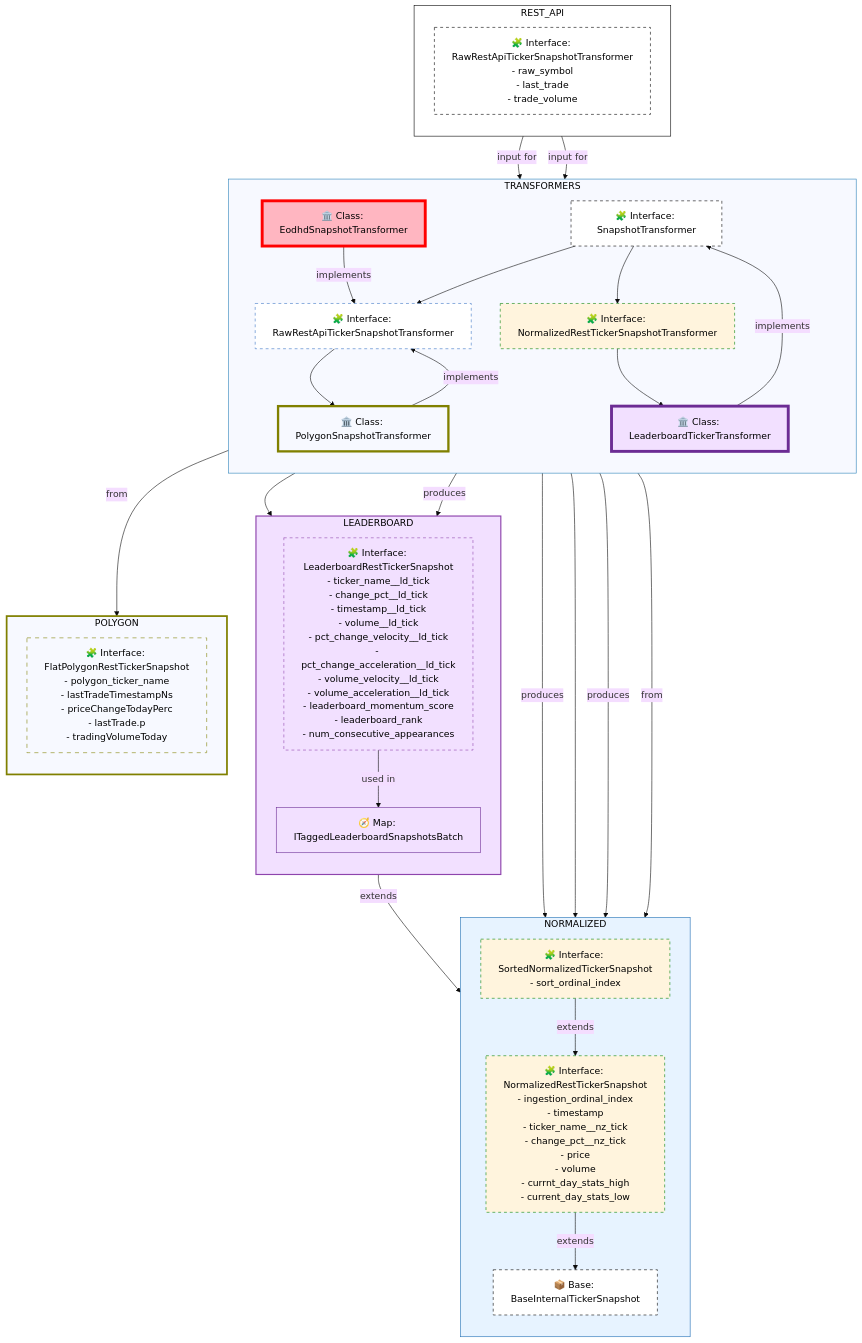
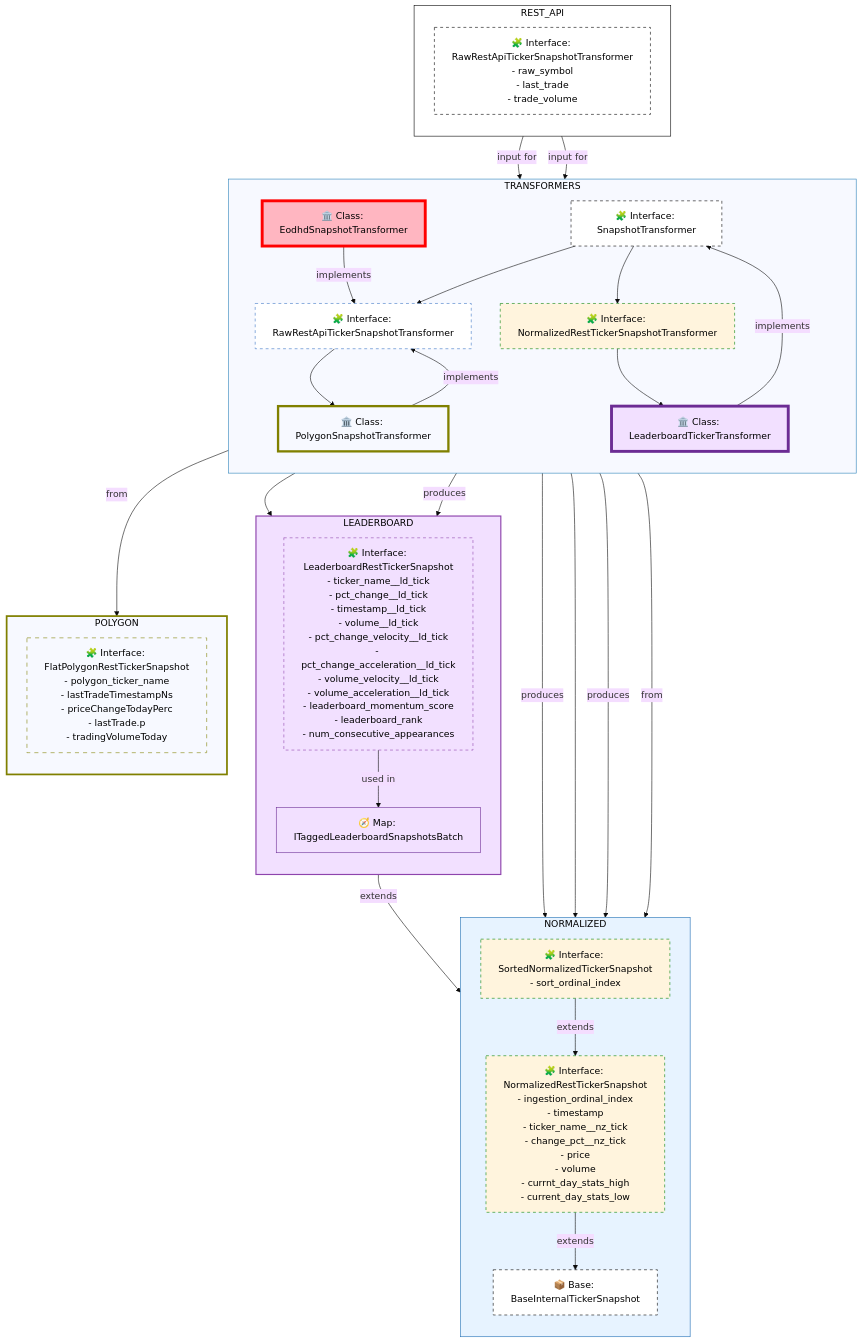
Before and after one commit to monolithgoon/momentum-trend-notification-bot: the diagram in src/docs/diagrams/rest_api_snapshot_and_transformers__1.graph.mmd.mmd, drawn with Mermaid (base theme). The commit also changed 104 other files, not shown here.

```diff
--- a/src/docs/diagrams/rest_api_snapshot_and_transformers__1.graph.mmd.mmd
+++ b/src/docs/diagrams/rest_api_snapshot_and_transformers__1.graph.mmd.mmd
@@ -1,107 +1,107 @@
 flowchart TD
 
   %% === TRANSFORMERS CLUSTER ===
   subgraph TRANSFORMERS
     direction TB
     style TRANSFORMERS fill:#,stroke:#2980b9,stroke-width:1px,color:#000;
     I4["🧩 Interface: SnapshotTransformer"]
     I1["🧩 Interface: RawRestApiTickerSnapshotTransformer"]
     I3["🧩 Interface: NormalizedRestTickerSnapshotTransformer"]
     C1["🏛️ Class: PolygonSnapshotTransformer"]
     C2["🏛️ Class: LeaderboardTickerTransformer"]
     C3["🏛️ Class: EodhdSnapshotTransformer"]
   end
 
   %% === NORMALIZED CLUSTER ===
   subgraph NORMALIZED
     direction TB
     style NORMALIZED fill:#e7f3ff,stroke:#1c6cb3,stroke-width:1px,color:#000;
     A1["📦 Base: BaseInternalTickerSnapshot"]
     A2["🧩 Interface: NormalizedRestTickerSnapshot\n- ingestion_ordinal_index\n- timestamp\n- ticker_name__nz_tick\n- change_pct__nz_tick\n- price\n- volume\n- currnt_day_stats_high\n- current_day_stats_low"]
     A3["🧩 Interface: SortedNormalizedTickerSnapshot\n- sort_ordinal_index"]
   end
 
   %% === LEADERBOARD CLUSTER ===
   subgraph LEADERBOARD
     direction TB
     style LEADERBOARD fill:#f2e0ff,stroke:#8e44ad,stroke-width:2px,color:#000;
-    A4["🧩 Interface: LeaderboardRestTickerSnapshot\n- ticker_name__ld_tick\n- change_pct__ld_tick\n- timestamp__ld_tick\n- volume__ld_tick\n- pct_change_velocity__ld_tick\n- pct_change_acceleration__ld_tick\n- volume_velocity__ld_tick\n- volume_acceleration__ld_tick\n- leaderboard_momentum_score\n- leaderboard_rank\n- num_consecutive_appearances"]
+    A4["🧩 Interface: LeaderboardRestTickerSnapshot\n- ticker_name__ld_tick\n- pct_change__ld_tick\n- timestamp__ld_tick\n- volume__ld_tick\n- pct_change_velocity__ld_tick\n- pct_change_acceleration__ld_tick\n- volume_velocity__ld_tick\n- volume_acceleration__ld_tick\n- leaderboard_momentum_score\n- leaderboard_rank\n- num_consecutive_appearances"]
     M1["🧭 Map: ITaggedLeaderboardSnapshotsBatch"]
   end
 
   %% === POLYGON CLUSTER ===
   subgraph POLYGON
     direction TB
     style POLYGON fill:#,stroke:olive,stroke-width:3px,color:#000;
     R1["🧩 Interface: FlatPolygonRestTickerSnapshot\n- polygon_ticker_name\n- lastTradeTimestampNs\n- priceChangeTodayPerc\n- lastTrade.p\n- tradingVolumeToday"]
   end
 
   %% === REST API SNAPSHOT ===
   subgraph REST_API
     direction TB
     style REST_API fill:white,stroke:black,stroke-width:1px,color:#000;
     R2["🧩 Interface: RawRestApiTickerSnapshotTransformer\n- raw_symbol\n- last_trade\n- trade_volume"]
   end
 
   R2 -->|input for| C3
   R2 -->|input for| C1
   C3 -->|produces| A2
   C3 -->|implements| I1
 
   %% === Rank / Positioning Edges
   I4 --> I1
   I4 --> I3
   I1 --> C1
   I3 --> C2
   C1 --> A2
   C2 --> A4
 
   %% === Snapshot Inheritance
   A2 -->|extends| A1
   A3 -->|extends| A2
   A4 -->|extends| A1
 
   %% === Implementation + Transformation Edges
   C1 -->|implements| I1
   C1 -->|produces| A2
   C1 -->|from| R1
 
   C2 -->|implements| I4
   C2 -->|produces| A4
   C2 -->|from| A2
 
   A4 -->|used in| M1
 
   %% === Style Definitions ===
   classDef normalized-interface fill:apple,stroke:green,color:#000,stroke-dasharray: 5 5;
   classDef normalized-class fill:lightgreen,stroke:green,color:#000,stroke-width:4px;
 
   classDef polygon-class fill:none,stroke:olive,color:#000,stroke-width:4px;
   classDef polygon-interface fill:none,stroke:olive,color:#000,stroke-dasharray: 7 7;
 
   classDef leaderboard-interface fill:#f2e0ff,stroke:#8e44ad,color:#000,stroke-dasharray: 5 5;
   classDef leaderboard-class fill:#f2e0ff,stroke:#6c2c94,color:#000,stroke-width:5px;
   classDef map fill:none,stroke:#6c2c94,color:#000,fill:#f2e0ff,stroke-width:1px;
 
   classDef eodhd-class fill:lightpink,stroke:red,color:#000,stroke-width:5px;
 
   classDef normalized-transformer-interface fill:non,stroke:green,color:#000,stroke-dasharray: 5 5;
   classDef base-transformer-interface fill:white,stroke:#3a75c4,color:#000,stroke:7, stroke-dasharray: 5 5;
 
   classDef base-interface fill:none,stroke:green,color:#000,stroke-dasharray: 10;
   classDef base-interface fill:white,stroke:black,color:#000,stroke-dasharray: 5 5;
 
   %% === Apply Styles ===
   class A1 base-interface
   class A2,A3 normalized-interface
   class A4 leaderboard-interface
   class R1 polygon-interface
   class R2 base-interface
 
   class I4 base-interface
   class I3 normalized-transformer-interface
   class I1 base-transformer-interface
   class C1 polygon-class
   class C2 leaderboard-class
   class C3 eodhd-class
   class M1 map
```
